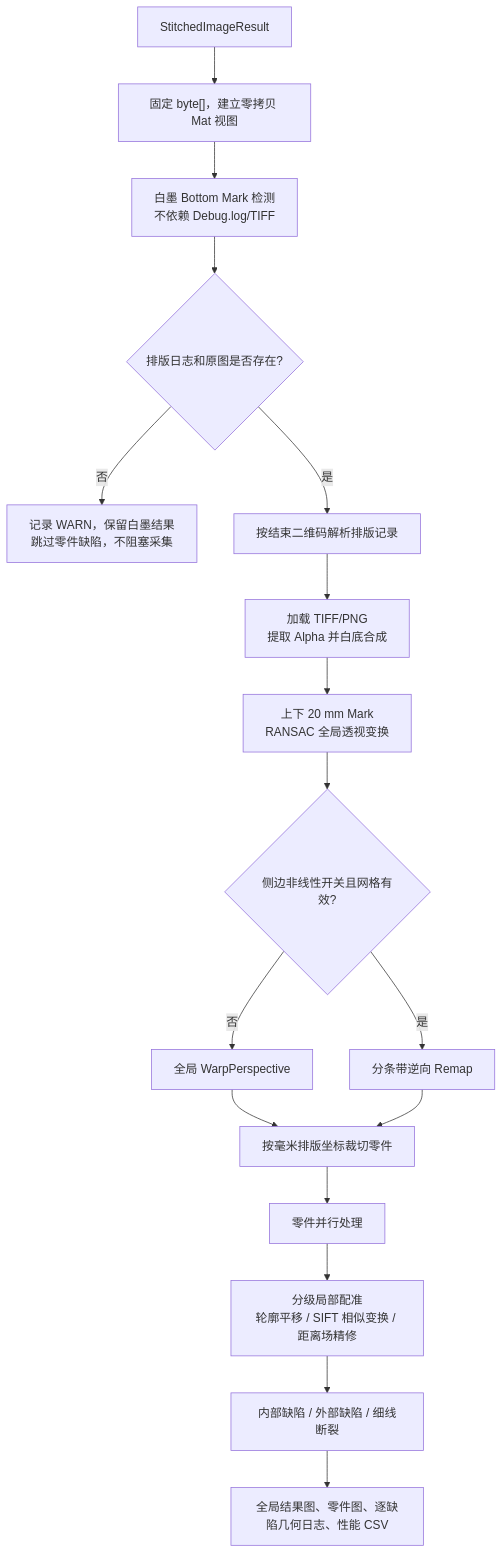
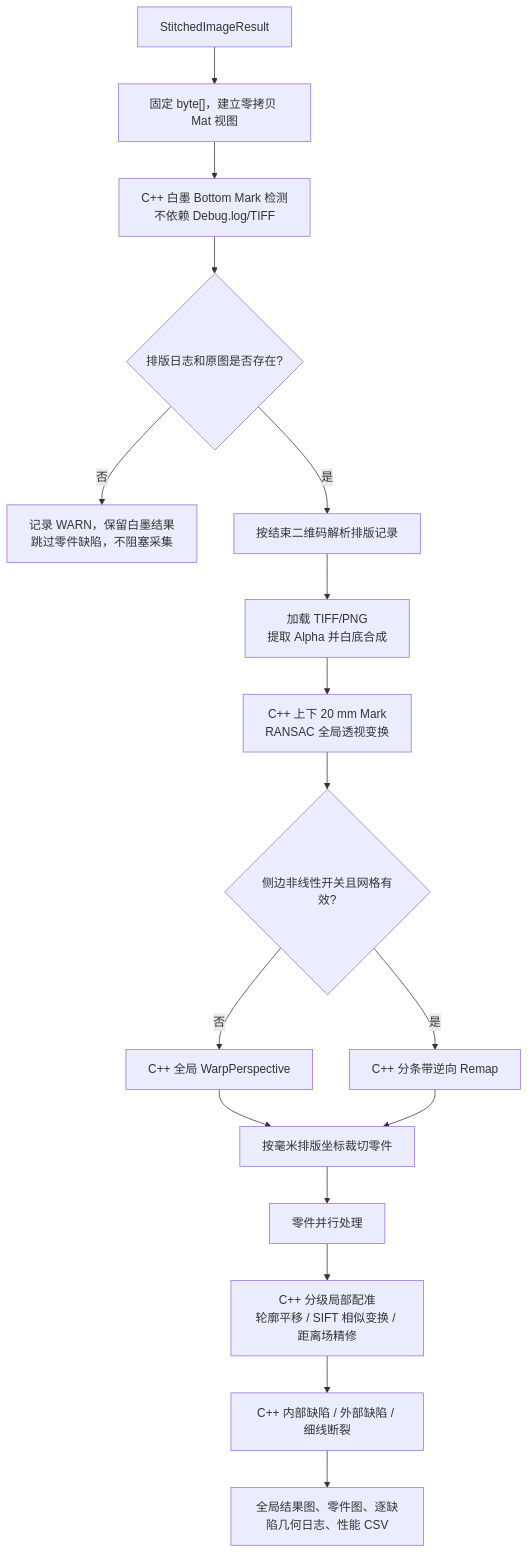
One commit to Kevin-ykg/CIS_WebInspector changed the fifth of 9 diagrams in 项目全局导航与开发指南.md. Above: the diagram before and after it, drawn with Mermaid. The commit also changed other lines of this file and 42 other files, not shown here.

````diff
--- a/项目全局导航与开发指南.md
+++ b/项目全局导航与开发指南.md
@@ -378,19 +388,19 @@
 ```mermaid
 flowchart TD
     A["StitchedImageResult"] --> B["固定 byte[]，建立零拷贝 Mat 视图"]
-    B --> C["白墨 Bottom Mark 检测<br/>不依赖 Debug.log/TIFF"]
+    B --> C["C++ 白墨 Bottom Mark 检测<br/>不依赖 Debug.log/TIFF"]
     C --> D{"排版日志和原图是否存在?"}
     D -->|否| E["记录 WARN，保留白墨结果<br/>跳过零件缺陷，不阻塞采集"]
     D -->|是| F["按结束二维码解析排版记录"]
     F --> G["加载 TIFF/PNG<br/>提取 Alpha 并白底合成"]
-    G --> H["上下 20 mm Mark<br/>RANSAC 全局透视变换"]
+    G --> H["C++ 上下 20 mm Mark<br/>RANSAC 全局透视变换"]
     H --> I{"侧边非线性开关且网格有效?"}
-    I -->|否| J["全局 WarpPerspective"]
-    I -->|是| K["分条带逆向 Remap"]
+    I -->|否| J["C++ 全局 WarpPerspective"]
+    I -->|是| K["C++ 分条带逆向 Remap"]
     J --> L["按毫米排版坐标裁切零件"]
     K --> L
     L --> M["零件并行处理"]
-    M --> N["分级局部配准<br/>轮廓平移 / SIFT 相似变换 / 距离场精修"]
-    N --> O["内部缺陷 / 外部缺陷 / 细线断裂"]
+    M --> N["C++ 分级局部配准<br/>轮廓平移 / SIFT 相似变换 / 距离场精修"]
+    N --> O["C++ 内部缺陷 / 外部缺陷 / 细线断裂"]
     O --> P["全局结果图、零件图、逐缺陷几何日志、性能 CSV"]
 ```
````
